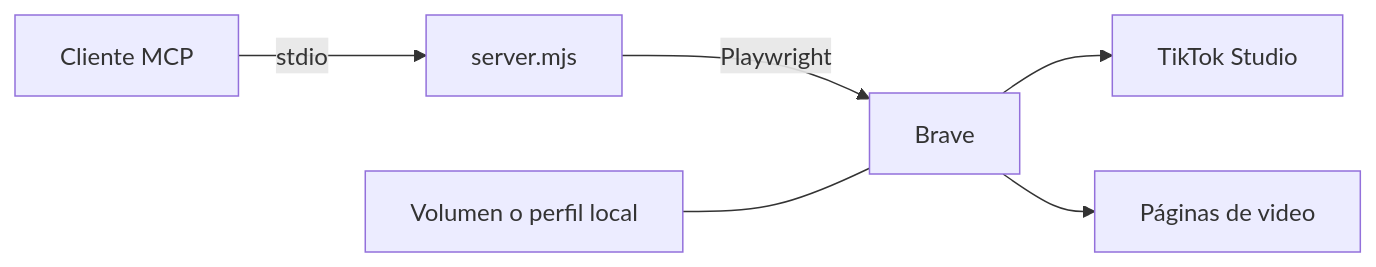
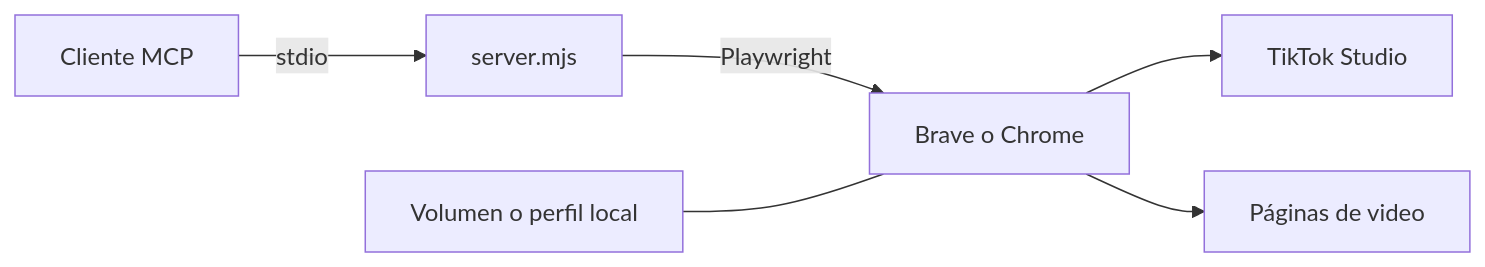
One commit to HubertValderramaCampos/mcp_tiktok changed the diagram in README.md. Above: the diagram before and after it, drawn with Mermaid. The commit also changed other lines of this file and 5 other files, not shown here.

````diff
--- a/README.md
+++ b/README.md
@@ -97,8 +97,8 @@
 ```mermaid
 flowchart LR
     A[Cliente MCP] -->|stdio| B[server.mjs]
-    B -->|Playwright| C[Brave]
+    B -->|Playwright| C[Brave o Chrome]
     C --> D[TikTok Studio]
     C --> E[Páginas de video]
     F[Volumen o perfil local] --- C
 ```
````
